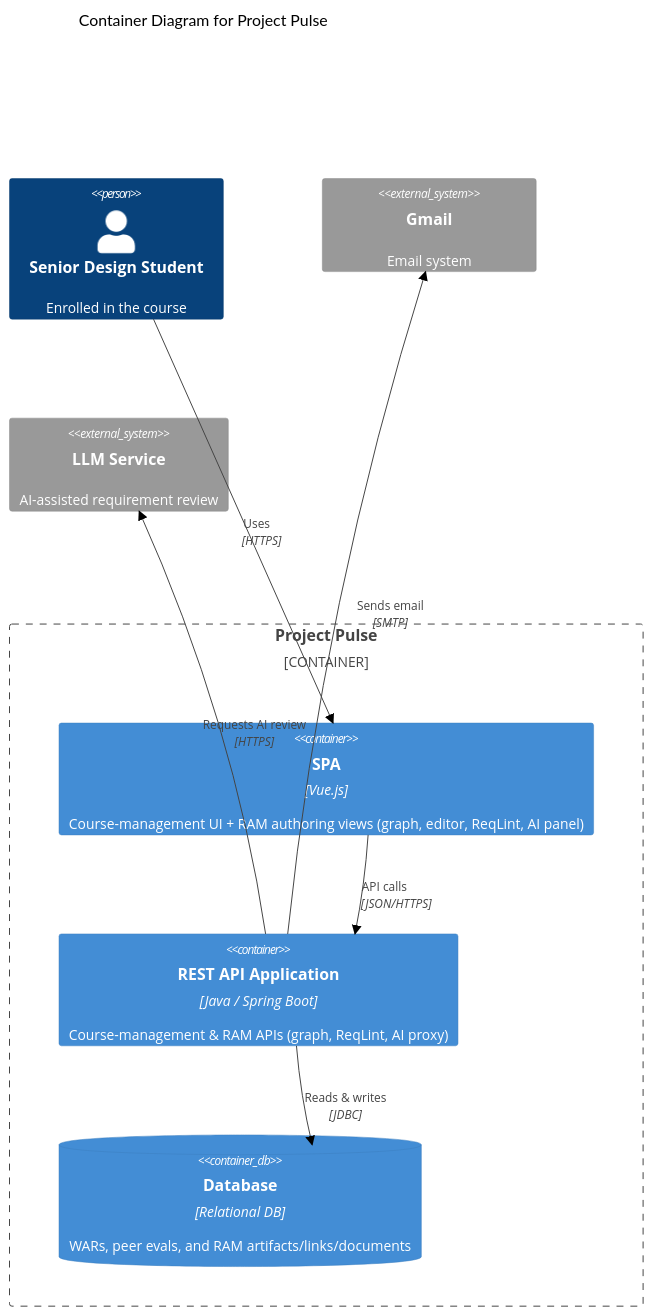
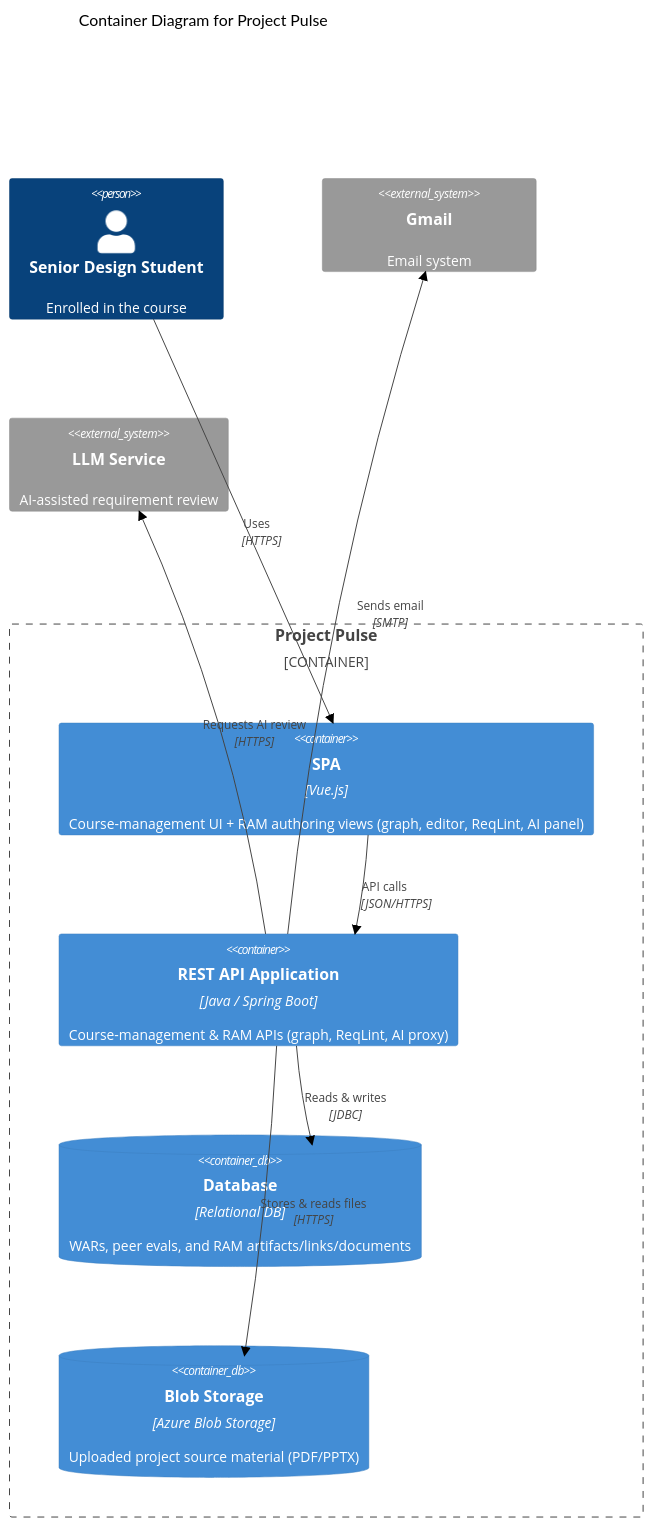
The second of 6 diagrams in docs/design/architectural-design.md (Washingtonwei/project-pulse), drawn with Mermaid (forest theme) before and after one commit. The commit also changed other lines of this file and 7 other files, not shown here.

First line of the commit message:
docs: architecture-review fixes + docs-vs-code gap-analysis backlog

````diff
--- a/docs/design/architectural-design.md
+++ b/docs/design/architectural-design.md
@@ -95,21 +95,23 @@
 ```mermaid
 C4Container
     title Container Diagram for Project Pulse
 
     Person(student, "Senior Design Student", "Enrolled in the course")
 
     Container_Boundary(pulse, "Project Pulse") {
         Container(spa, "SPA", "Vue.js", "Course-management UI + RAM authoring views (graph, editor, ReqLint, AI panel)")
         Container(api, "REST API Application", "Java / Spring Boot", "Course-management & RAM APIs (graph, ReqLint, AI proxy)")
         ContainerDb(db, "Database", "Relational DB", "WARs, peer evals, and RAM artifacts/links/documents")
+        ContainerDb(blob, "Blob Storage", "Azure Blob Storage", "Uploaded project source material (PDF/PPTX)")
     }
 
     System_Ext(gmail, "Gmail", "Email system")
     System_Ext(llm, "LLM Service", "AI-assisted requirement review")
 
     Rel_R(student, spa, "Uses", "HTTPS")
     Rel_D(spa, api, "API calls", "JSON/HTTPS")
     Rel_D(api, db, "Reads & writes", "JDBC")
+    Rel_D(api, blob, "Stores & reads files", "HTTPS")
     Rel_R(api, gmail, "Sends email", "SMTP")
     Rel_R(api, llm, "Requests AI review", "HTTPS")
 ```
````
